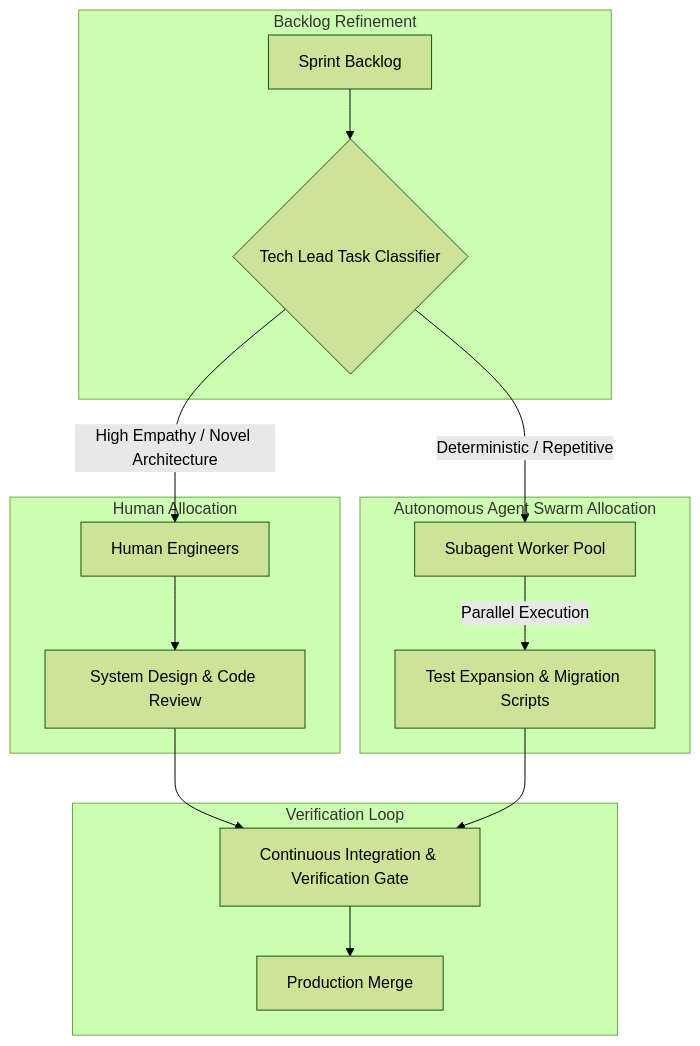
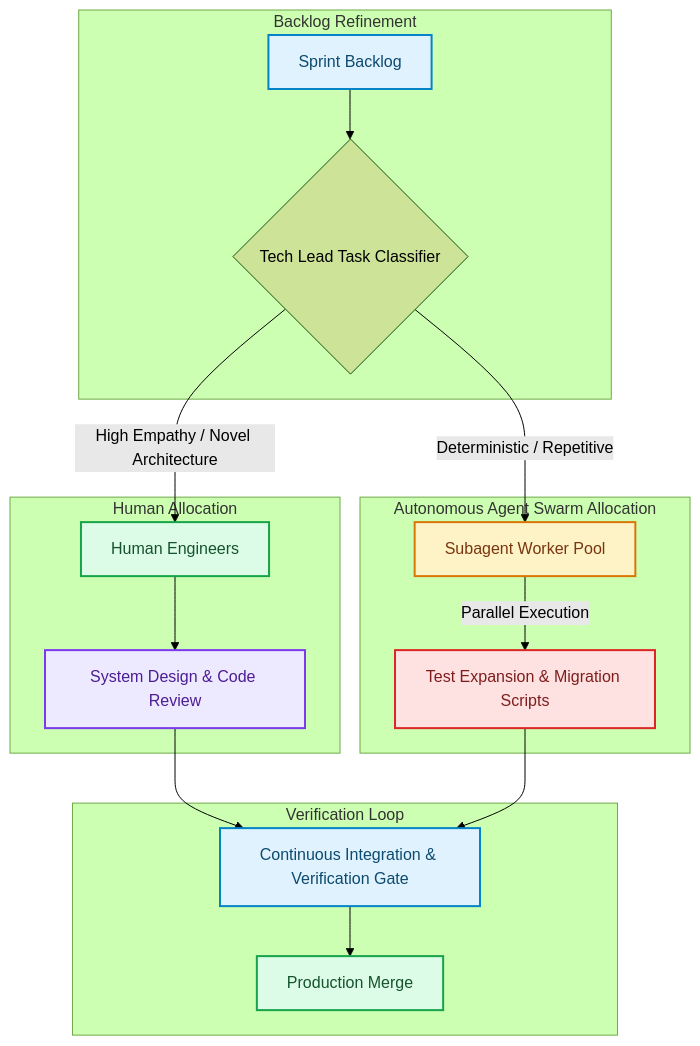
The diagram in blog/posts/tech-lead-orchestrating-hybrid-swarms-sprint-planning.md (akmalkhaniub/akmalkhaniub.github.io), drawn with Mermaid (forest theme) before and after one commit. The commit also changed other lines of this file and 1291 other files, not shown here.

First line of the commit message:
feat(catalog): unique covers, scholarly references, and diagram palettes

````diff
--- a/blog/posts/tech-lead-orchestrating-hybrid-swarms-sprint-planning.md
+++ b/blog/posts/tech-lead-orchestrating-hybrid-swarms-sprint-planning.md
@@ -15,19 +15,30 @@
 ```mermaid
 flowchart TD
   subgraph SG1_BacklogRefinement ["Backlog Refinement"]
-    A[Sprint Backlog] --> B{Tech Lead Task Classifier}
+    A["Sprint Backlog"] --> B{Tech Lead Task Classifier}
   end
   subgraph SG2_HumanAllocation ["Human Allocation"]
-    B -->|High Empathy / Novel Architecture| C[Human Engineers]
-    C --> D[System Design & Code Review]
+    B -->|High Empathy / Novel Architecture| C["Human Engineers"]
+    C --> D["System Design & Code Review"]
   end
   subgraph SG3_AutonomousAgentSwarm ["Autonomous Agent Swarm Allocation"]
-    B -->|Deterministic / Repetitive| E[Subagent Worker Pool]
-    E -->|Parallel Execution| F[Test Expansion & Migration Scripts]
+    B -->|Deterministic / Repetitive| E["Subagent Worker Pool"]
+    E -->|Parallel Execution| F["Test Expansion & Migration Scripts"]
   end
   subgraph SG4_VerificationLoop ["Verification Loop"]
-    D --> G[Continuous Integration & Verification Gate]
+    D --> G["Continuous Integration & Verification Gate"]
     F --> G
-    G --> H[Production Merge]
+    G --> H["Production Merge"]
   end
+
+classDef green fill:#dcfce7,stroke:#16a34a,stroke-width:2px,color:#14532d;
+classDef red fill:#fee2e2,stroke:#dc2626,stroke-width:2px,color:#7f1d1d;
+classDef blue fill:#e0f2fe,stroke:#0284c7,stroke-width:2px,color:#0c4a6e;
+classDef yellow fill:#fef3c7,stroke:#d97706,stroke-width:2px,color:#78350f;
+classDef purple fill:#ede9fe,stroke:#7c3aed,stroke-width:2px,color:#4c1d95;
+class A,G blue
+class C,H green
+class D purple
+class E yellow
+class F red
 ```
````
